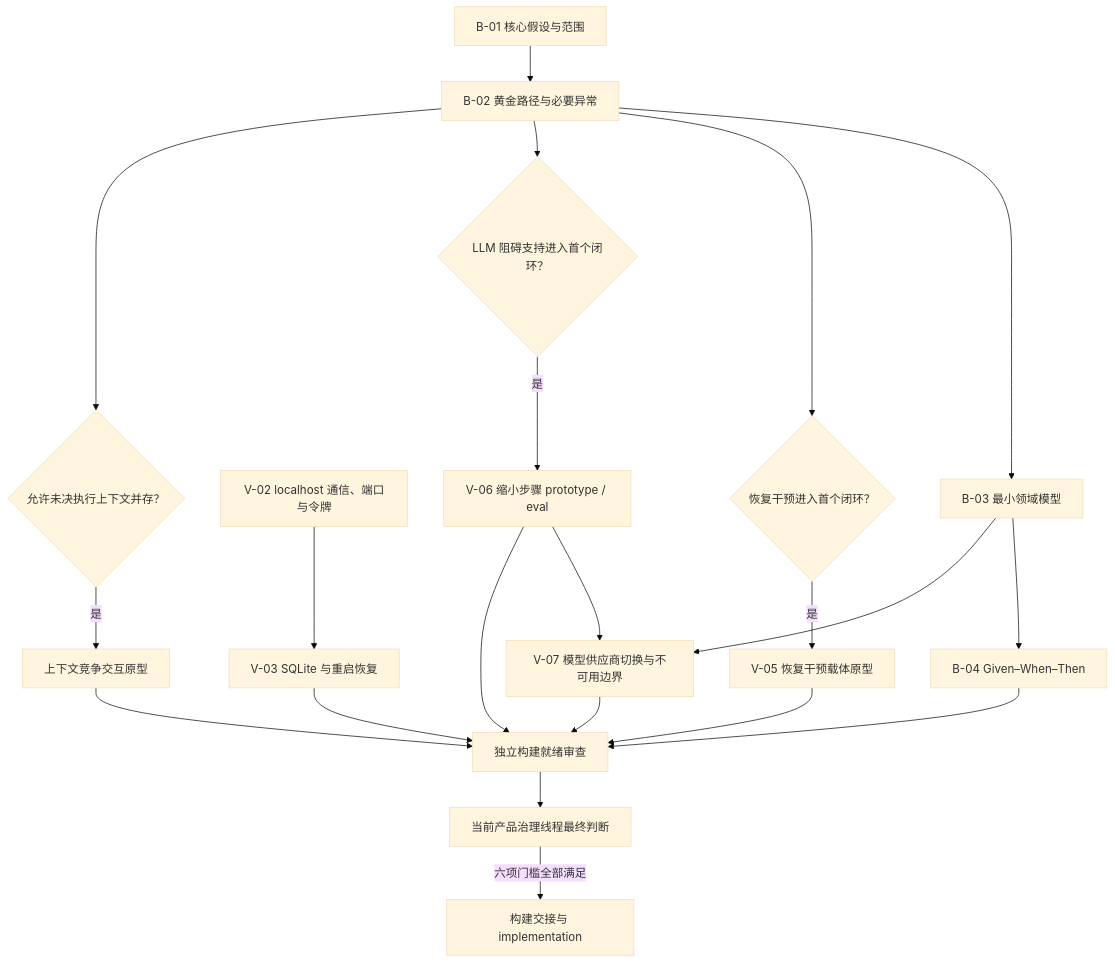
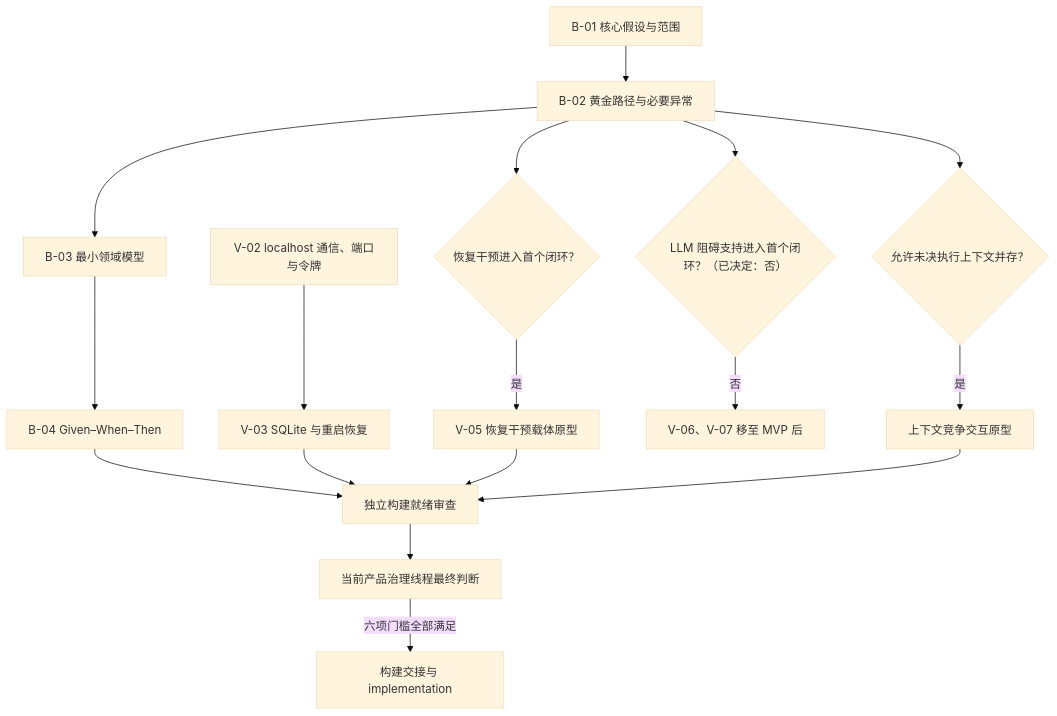
The diagram in docs/product/mvp-session-orchestration.md (Annzival/ADHD-Support-System), drawn with Mermaid (base theme) before and after one commit. The commit also changed other lines of this file and 1 other file, not shown here.

Commit message:
docs: 将 LLM 阻碍支持移出首个 MVP

````diff
--- a/docs/product/mvp-session-orchestration.md
+++ b/docs/product/mvp-session-orchestration.md
@@ -33,25 +33,21 @@
 ```mermaid
 flowchart TD
     B01["B-01 核心假设与范围"] --> B02["B-02 黄金路径与必要异常"]
     B02 --> B03["B-03 最小领域模型"]
     B03 --> B04["B-04 Given–When–Then"]
 
     V02["V-02 localhost 通信、端口与令牌"] --> V03["V-03 SQLite 与重启恢复"]
     B02 --> C1{"恢复干预进入首个闭环？"}
-    B02 --> C2{"LLM 阻碍支持进入首个闭环？"}
+    B02 --> C2{"LLM 阻碍支持进入首个闭环？（已决定：否）"}
     B02 --> C3{"允许未决执行上下文并存？"}
     C1 -->|是| V05["V-05 恢复干预载体原型"]
-    C2 -->|是| V06["V-06 缩小步骤 prototype / eval"]
+    C2 -->|否| P2["V-06、V-07 移至 MVP 后"]
     C3 -->|是| VX["上下文竞争交互原型"]
-    B03 --> V07["V-07 模型供应商切换与不可用边界"]
-    V06 --> V07
 
     B04 --> A["独立构建就绪审查"]
     V03 --> A
     V05 --> A
-    V06 --> A
-    V07 --> A
     VX --> A
     A --> G["当前产品治理线程最终判断"]
     G -->|六项门槛全部满足| I["构建交接与 implementation"]
 ```
````
